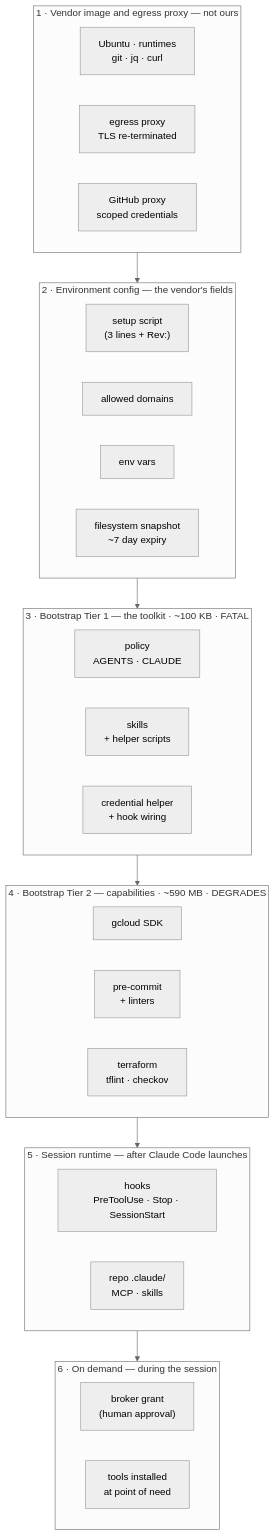
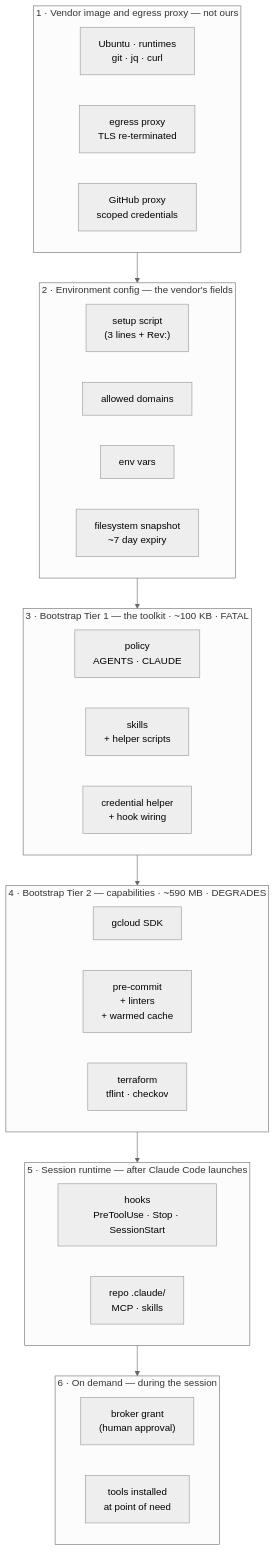
The first of 2 diagrams in docs/cloud-sandbox-design.md (pmgledhill102/agentic-coding-config), drawn with Mermaid (neutral theme) before and after one commit. The commit also changed other lines of this file and 5 other files, not shown here.

````diff
--- a/docs/cloud-sandbox-design.md
+++ b/docs/cloud-sandbox-design.md
@@ -19,39 +19,39 @@
 ```mermaid
 flowchart TB
     subgraph L6["6 · On demand — during the session"]
         direction LR
         L6a["broker grant<br/>(human approval)"]
         L6b["tools installed<br/>at point of need"]
     end
     subgraph L5["5 · Session runtime — after Claude Code launches"]
         direction LR
         L5a["hooks<br/>PreToolUse · Stop · SessionStart"]
         L5b["repo .claude/<br/>MCP · skills"]
     end
     subgraph L4["4 · Bootstrap Tier 2 — capabilities · ~590 MB · DEGRADES"]
         direction LR
         L4a["gcloud SDK"]
-        L4b["pre-commit<br/>+ linters"]
+        L4b["pre-commit<br/>+ linters<br/>+ warmed cache"]
         L4c["terraform<br/>tflint · checkov"]
     end
     subgraph L3["3 · Bootstrap Tier 1 — the toolkit · ~100 KB · FATAL"]
         direction LR
         L3a["policy<br/>AGENTS · CLAUDE"]
         L3b["skills<br/>+ helper scripts"]
         L3c["credential helper<br/>+ hook wiring"]
     end
     subgraph L2["2 · Environment config — the vendor's fields"]
         direction LR
         L2a["setup script<br/>(3 lines + Rev:)"]
         L2b["allowed domains"]
         L2c["env vars"]
         L2d["filesystem snapshot<br/>~7 day expiry"]
     end
     subgraph L1["1 · Vendor image and egress proxy — not ours"]
         direction LR
         L1a["Ubuntu · runtimes<br/>git · jq · curl"]
         L1b["egress proxy<br/>TLS re-terminated"]
         L1c["GitHub proxy<br/>scoped credentials"]
     end
     L1 --> L2 --> L3 --> L4 --> L5 --> L6
 ```
````
